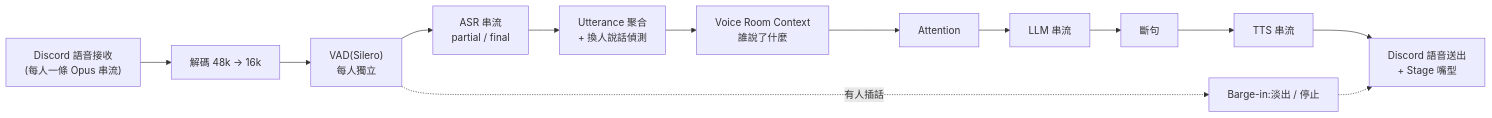
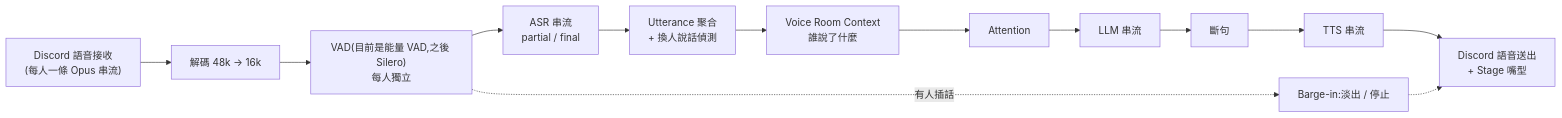
One commit to kcy3f0/Miyoria changed the third of 3 diagrams in docs/ARCHITECTURE.md. Above: the diagram before and after it, drawn with Mermaid. The commit also changed other lines of this file and 14 other files, not shown here.

````diff
--- a/docs/ARCHITECTURE.md
+++ b/docs/ARCHITECTURE.md
@@ -454,15 +459,15 @@
 ```mermaid
 flowchart LR
   RX["Discord 語音接收<br/>(每人一條 Opus 串流)"] --> DEC[解碼 48k → 16k]
-  DEC --> VAD["VAD(Silero)<br/>每人獨立"]
+  DEC --> VAD["VAD(目前是能量 VAD,之後 Silero)<br/>每人獨立"]
   VAD --> ASR["ASR 串流<br/>partial / final"]
   ASR --> SEG["Utterance 聚合<br/>+ 換人說話偵測"]
   SEG --> ROOM["Voice Room Context<br/>誰說了什麼"]
   ROOM --> ATT[Attention]
   ATT --> GEN[LLM 串流]
   GEN --> CHUNK[斷句]
   CHUNK --> TTS[TTS 串流]
   TTS --> TX[Discord 語音送出<br/>+ Stage 嘴型]
   VAD -. 有人插話 .-> BI[Barge-in:淡出 / 停止]
   BI -.-> TX
 ```
````
